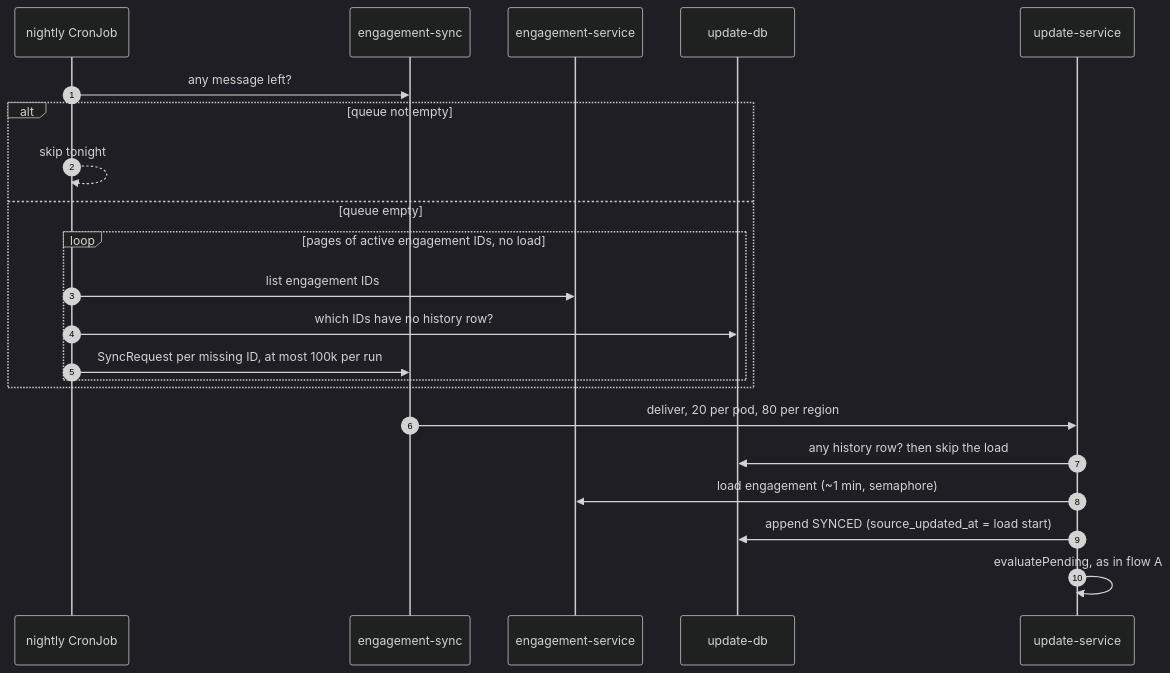
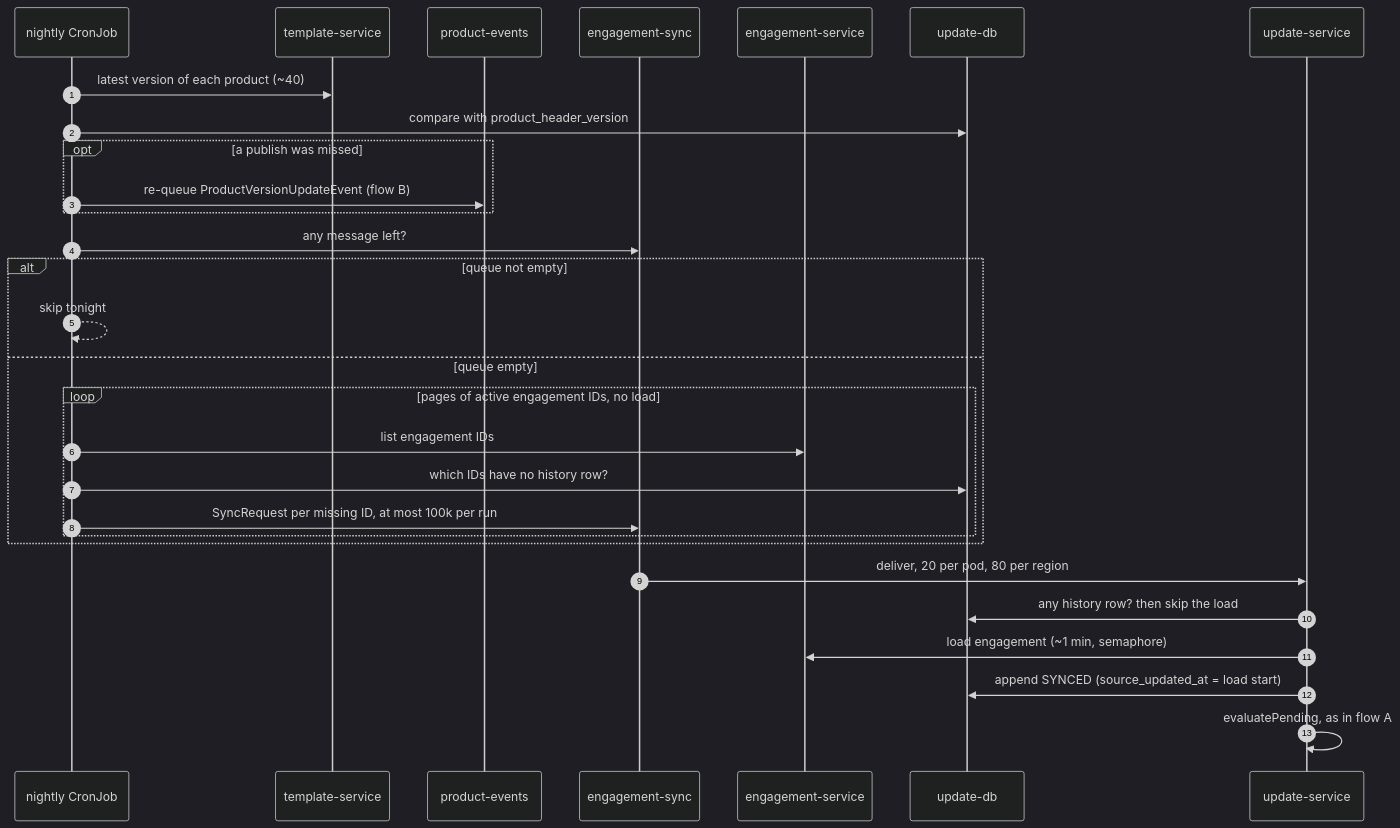
Before and after one commit to fdesbois/caseware-take-home: the third of 3 diagrams in DESIGN.md, drawn with Mermaid (dark theme). The commit also changed other lines of this file, not shown here.

First line of the commit message:
docs: add delivery approach, drop the outbox, align DESIGN.md with the diagram

````diff
--- a/DESIGN.md
+++ b/DESIGN.md
@@ -150,24 +155,31 @@
 ```mermaid
 sequenceDiagram
   autonumber
   participant CJ as nightly CronJob
+  participant TS as template-service
+  participant QP as product-events
   participant QS as engagement-sync
   participant ES as engagement-service
   participant DB as update-db
   participant UP as update-service
+  CJ->>TS: latest version of each product (~40)
+  CJ->>DB: compare with product_header_version
+  opt a publish was missed
+    CJ->>QP: re-queue ProductVersionUpdateEvent (flow B)
+  end
   CJ->>QS: any message left?
   alt queue not empty
     CJ-->>CJ: skip tonight
   else queue empty
     loop pages of active engagement IDs, no load
       CJ->>ES: list engagement IDs
       CJ->>DB: which IDs have no history row?
       CJ->>QS: SyncRequest per missing ID, at most 100k per run
     end
   end
   QS->>UP: deliver, 20 per pod, 80 per region
   UP->>DB: any history row? then skip the load
   UP->>ES: load engagement (~1 min, semaphore)
   UP->>DB: append SYNCED (source_updated_at = load start)
   UP->>UP: evaluatePending, as in flow A
 ```
````
